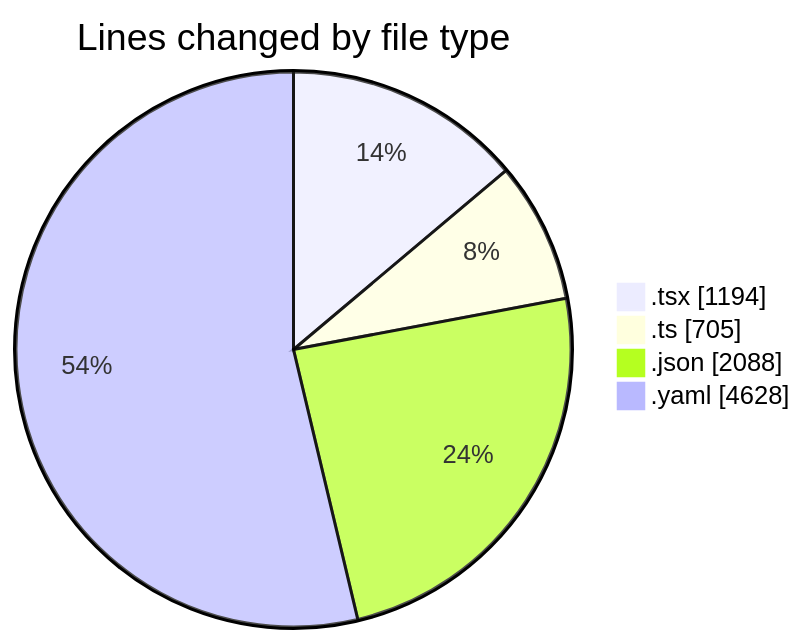
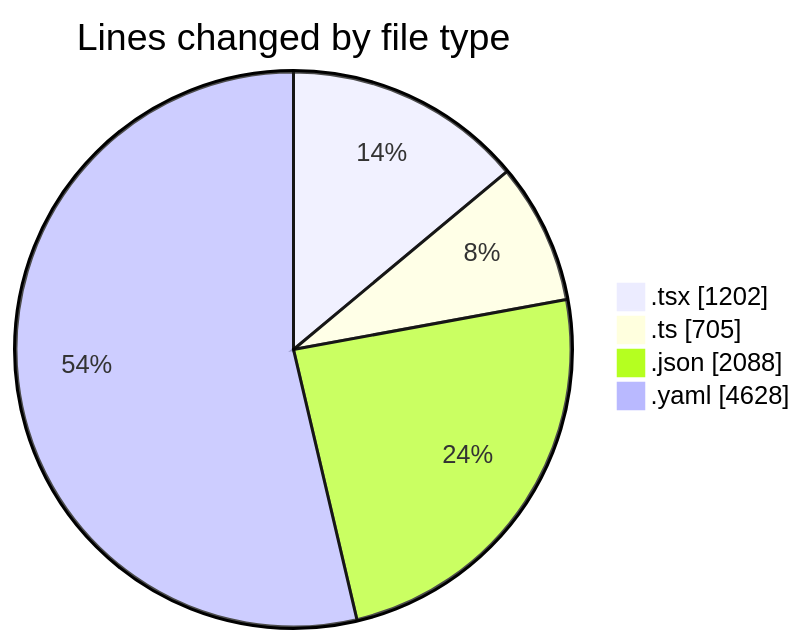
One commit to julien-gomy/code-tracking changed the first of 2 diagrams in 2025-10-31/eventscop-frontend-guide__workspace_/README.md. Above: the diagram before and after it, drawn with Mermaid. The commit also changed other lines of this file and 1 other file, not shown here.

````diff
--- a/2025-10-31/eventscop-frontend-guide__workspace_/README.md
+++ b/2025-10-31/eventscop-frontend-guide__workspace_/README.md
@@ -33,8 +33,8 @@
 ```mermaid
 pie showData
 title Lines changed by file type
-".tsx" : 1194
+".tsx" : 1202
 ".ts" : 705
 ".json" : 2088
 ".yaml" : 4628
 ```
````
